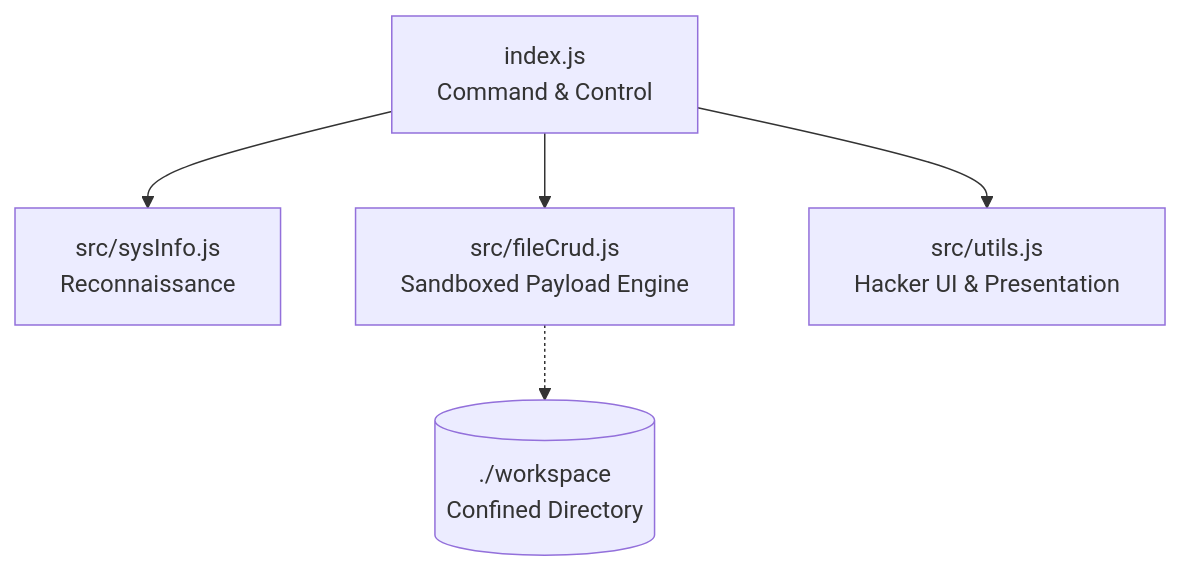
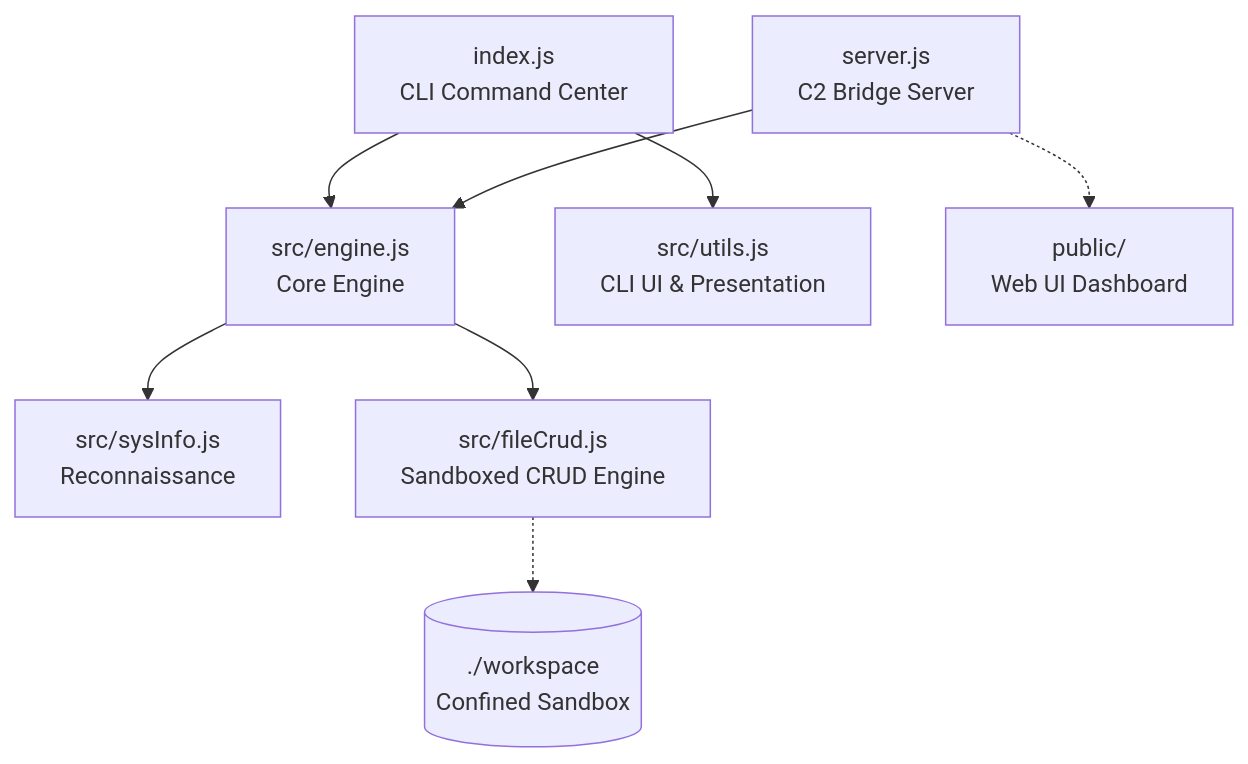
The first of 3 diagrams in readme.md (AbhimanyuSah-DEV/VENOM.JS), drawn with Mermaid before and after one commit. The commit also changed other lines of this file and 12 other files, not shown here.

Commit message:
feat: implement visual web C2 dashboard dual-interface, animation fixes and scrollbar alignment

````diff
--- a/readme.md
+++ b/readme.md
@@ -61,7 +72,10 @@
 ```mermaid
 graph TD
-    Index[index.js <br> Command & Control] --> SysInfo[src/sysInfo.js <br> Reconnaissance]
-    Index --> FileCrud[src/fileCrud.js <br> Sandboxed Payload Engine]
-    Index --> Utils[src/utils.js <br> Hacker UI & Presentation]
-    FileCrud -.-> Sandbox[(./workspace <br> Confined Directory)]
+    Index[index.js <br> CLI Command Center] --> Engine[src/engine.js <br> Core Engine]
+    Server[server.js <br> C2 Bridge Server] --> Engine
+    Engine --> SysInfo[src/sysInfo.js <br> Reconnaissance]
+    Engine --> FileCrud[src/fileCrud.js <br> Sandboxed CRUD Engine]
+    Index --> Utils[src/utils.js <br> CLI UI & Presentation]
+    Server -.-> Public[public/ <br> Web UI Dashboard]
+    FileCrud -.-> Sandbox[(./workspace <br> Confined Sandbox)]
 ```
````
